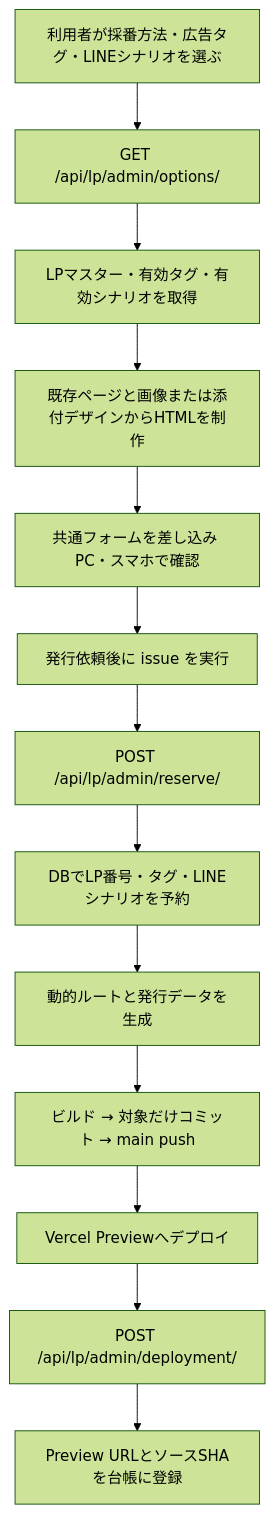
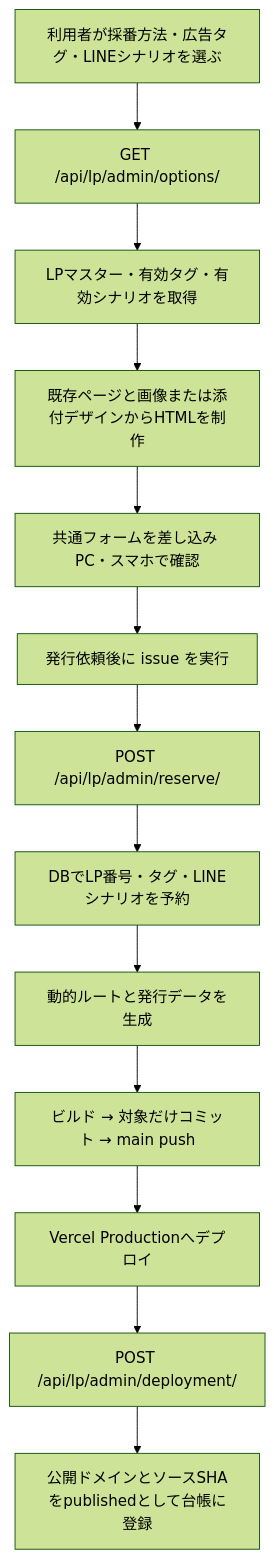
Before and after one commit to ohnotetsuo1999/lreach_lp_deaeru: the second of 3 diagrams in docs/lp-publication-flow.md, drawn with Mermaid (forest theme). The commit also changed other lines of this file and 12 other files, not shown here.

````diff
--- a/docs/lp-publication-flow.md
+++ b/docs/lp-publication-flow.md
@@ -29,15 +29,15 @@
 ```mermaid
 flowchart TD
   A[利用者が採番方法・広告タグ・LINEシナリオを選ぶ] --> B[GET /api/lp/admin/options/]
   B --> C[LPマスター・有効タグ・有効シナリオを取得]
   C --> D[既存ページと画像または添付デザインからHTMLを制作]
   D --> E[共通フォームを差し込み PC・スマホで確認]
   E --> F[発行依頼後に issue を実行]
   F --> G[POST /api/lp/admin/reserve/]
   G --> H[DBでLP番号・タグ・LINEシナリオを予約]
   H --> I[動的ルートと発行データを生成]
   I --> J[ビルド → 対象だけコミット → main push]
-  J --> K[Vercel Previewへデプロイ]
+  J --> K[Vercel Productionへデプロイ]
   K --> L[POST /api/lp/admin/deployment/]
-  L --> M[Preview URLとソースSHAを台帳に登録]
+  L --> M[公開ドメインとソースSHAをpublishedとして台帳に登録]
 ```
````
